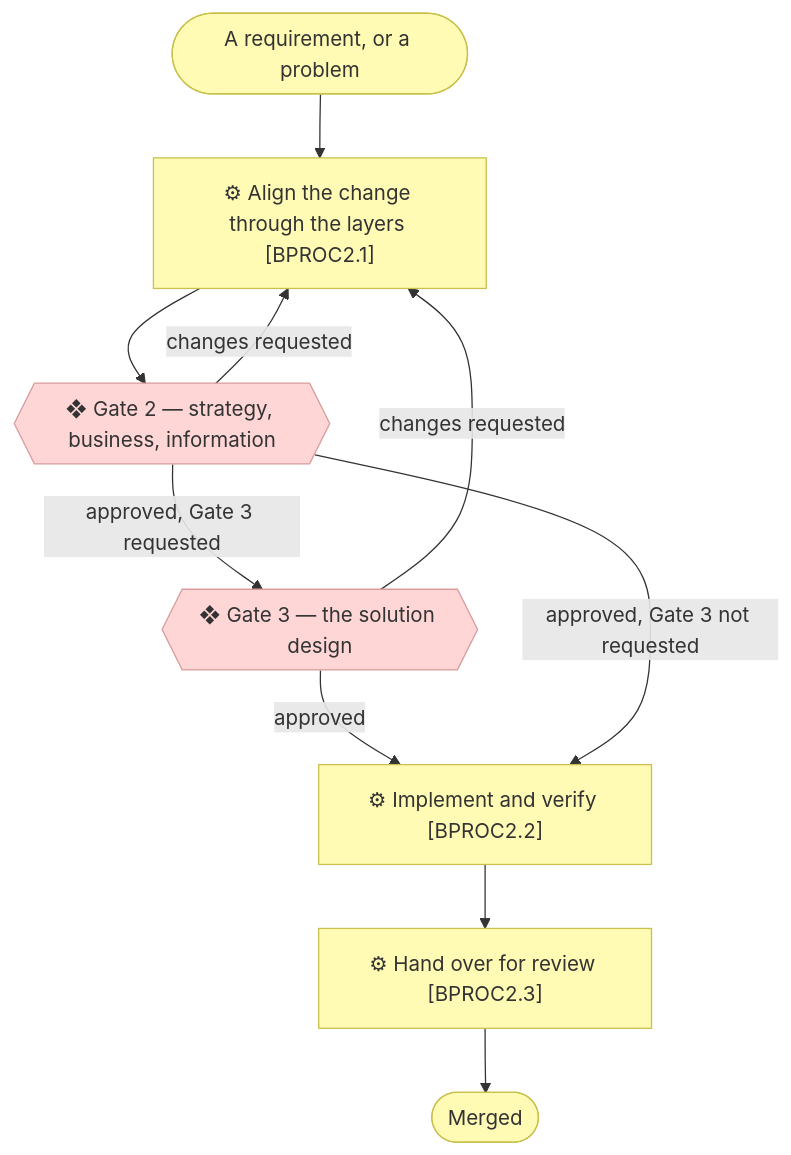
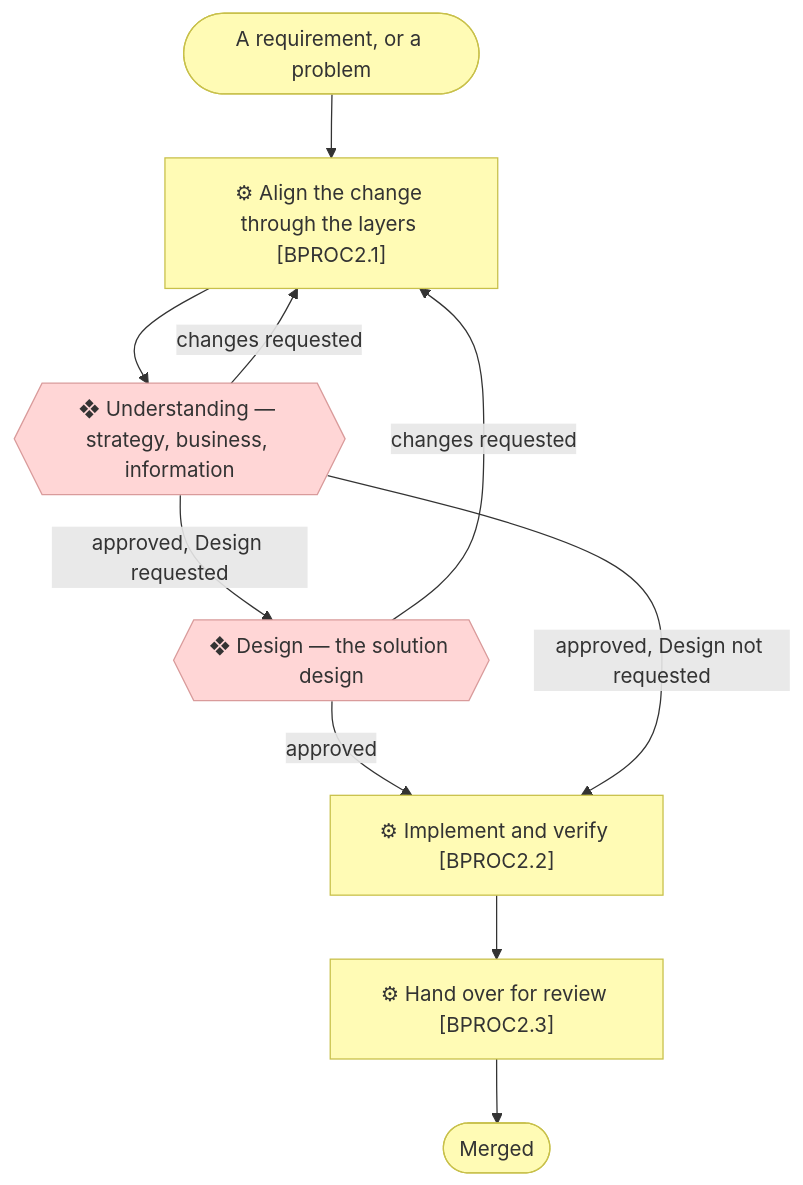
The third of 5 diagrams in docs/process/1_level-1-macro-processes.md (roanboc/archreator), drawn with Mermaid before and after one commit. The commit also changed other lines of this file and 32 other files, not shown here.

````diff
--- a/docs/process/1_level-1-macro-processes.md
+++ b/docs/process/1_level-1-macro-processes.md
@@ -104,23 +104,23 @@
 ```mermaid
 flowchart TD
   req(["A requirement, or a problem"])
   p21["⚙ Align the change through the layers [BPROC2.1]"]
-  g2{{"❖ Gate 2 — strategy, business, information"}}
-  g3{{"❖ Gate 3 — the solution design"}}
+  g2{{"❖ Understanding — strategy, business, information"}}
+  g3{{"❖ Design — the solution design"}}
   p22["⚙ Implement and verify [BPROC2.2]"]
   p23["⚙ Hand over for review [BPROC2.3]"]
   merged(["Merged"])
 
   req --> p21 --> g2
   g2 -->|changes requested| p21
-  g2 -->|approved, Gate 3 requested| g3
+  g2 -->|approved, Design requested| g3
   g3 -->|changes requested| p21
   g3 -->|approved| p22
-  g2 -->|approved, Gate 3 not requested| p22
+  g2 -->|approved, Design not requested| p22
   p22 --> p23 --> merged
 
   classDef business fill:#fffbb5,stroke:#c8c04a,color:#333
   classDef implementation fill:#ffd6d6,stroke:#d99b9b,color:#333
   class p21,p22,p23,req,merged business
   class g2,g3 implementation
 ```
````
